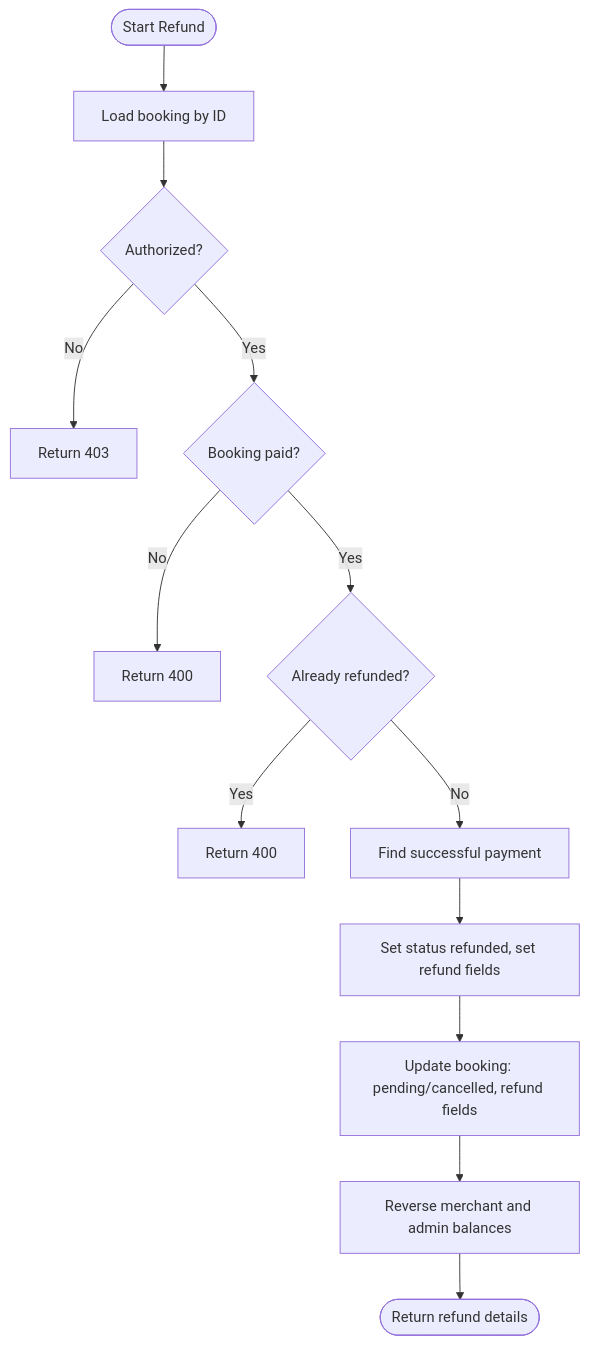
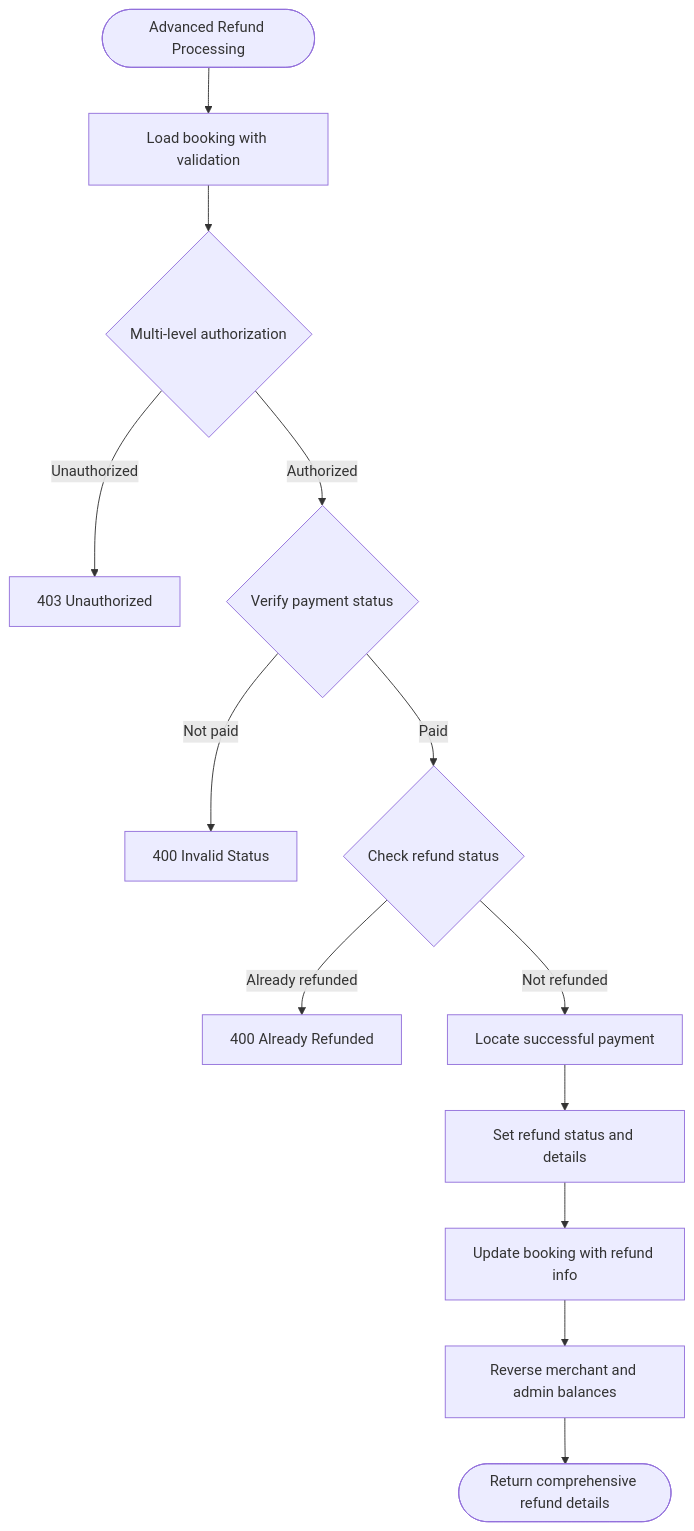
One commit to meghanamallela69-tech/event changed the seventh of 8 diagrams in .qoder/repowiki/en/content/Booking and Payment System/Payment Processing System.md. Above: the diagram before and after it, drawn with Mermaid. The commit also changed other lines of this file and 63 other files, not shown here.

````diff
--- a/.qoder/repowiki/en/content/Booking and Payment System/Payment Processing System.md
+++ b/.qoder/repowiki/en/content/Booking and Payment System/Payment Processing System.md
@@ -338,15 +355,15 @@
 ```mermaid
 flowchart TD
-StartRefund(["Start Refund"]) --> LoadBooking["Load booking by ID"]
-LoadBooking --> CheckAuth{"Authorized?"}
-CheckAuth --> |No| AuthErr["Return 403"]
-CheckAuth --> |Yes| CheckPaid{"Booking paid?"}
-CheckPaid --> |No| PaidErr["Return 400"]
-CheckPaid --> |Yes| CheckRefunded{"Already refunded?"}
-CheckRefunded --> |Yes| RefundedErr["Return 400"]
-CheckRefunded --> |No| FindPayment["Find successful payment"]
-FindPayment --> UpdatePayment["Set status refunded, set refund fields"]
-UpdatePayment --> UpdateBooking["Update booking: pending/cancelled, refund fields"]
+StartRefund(["Advanced Refund Processing"]) --> LoadBooking["Load booking with validation"]
+LoadBooking --> CheckAuth{"Multi-level authorization"}
+CheckAuth --> |Unauthorized| AuthErr["403 Unauthorized"]
+CheckAuth --> |Authorized| CheckPaid{"Verify payment status"}
+CheckPaid --> |Not paid| PaidErr["400 Invalid Status"]
+CheckPaid --> |Paid| CheckRefunded{"Check refund status"}
+CheckRefunded --> |Already refunded| RefundedErr["400 Already Refunded"]
+CheckRefunded --> |Not refunded| FindPayment["Locate successful payment"]
+FindPayment --> UpdatePayment["Set refund status and details"]
+UpdatePayment --> UpdateBooking["Update booking with refund info"]
 UpdateBooking --> ReverseBalances["Reverse merchant and admin balances"]
-ReverseBalances --> SuccessRefund(["Return refund details"])
+ReverseBalances --> SuccessRefund(["Return comprehensive refund details"])
 ```
````
